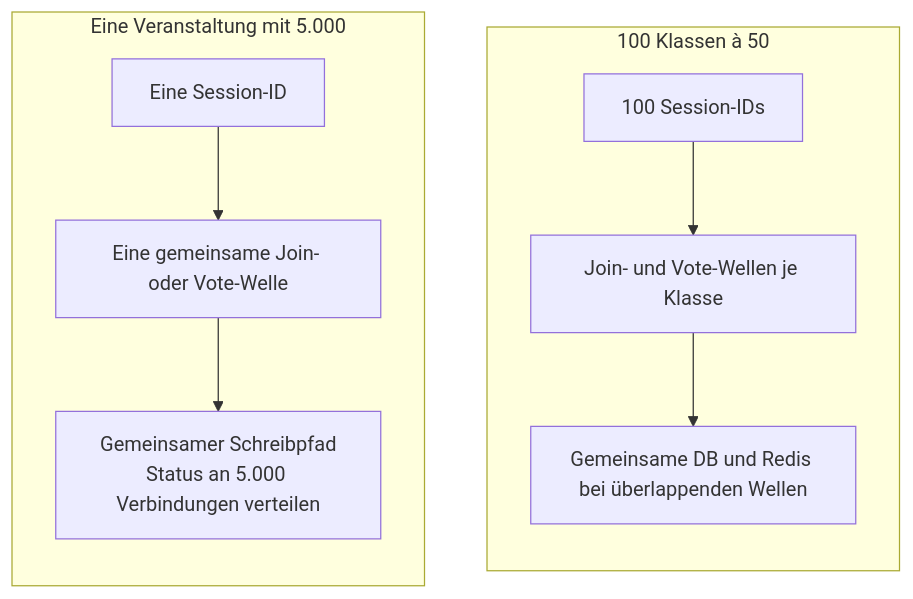
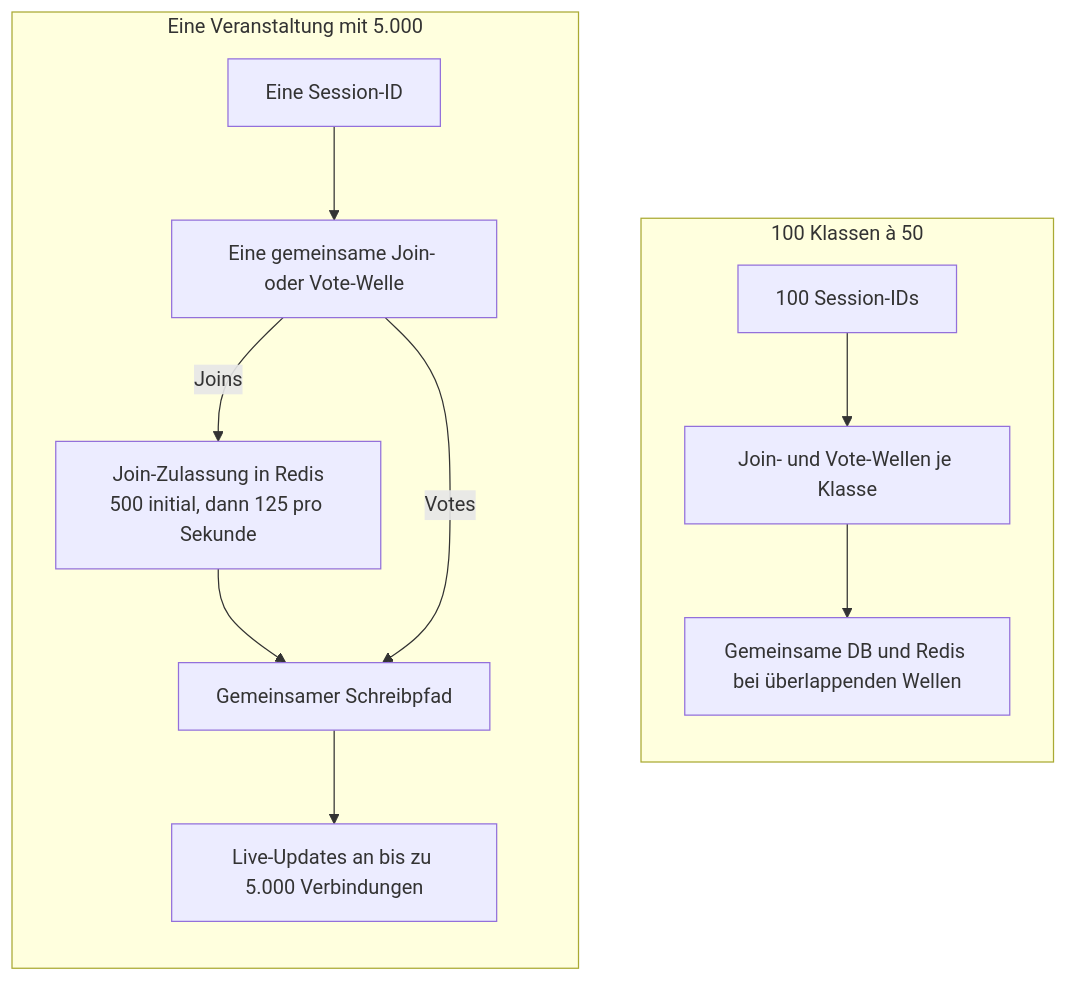
Before and after one commit to kqc-real/arsnova.eu: the second of 2 diagrams in docs/operations/KUBERNETES-SIZING-5000.md, drawn with Mermaid. The commit also changed other lines of this file, not shown here.

Commit message:
docs: quantify shared join admission for large sessions

````diff
--- a/docs/operations/KUBERNETES-SIZING-5000.md
+++ b/docs/operations/KUBERNETES-SIZING-5000.md
@@ -40,15 +40,18 @@
 ```mermaid
 flowchart TB
   accTitle: Viele Klassen und ein großer Raum belasten unterschiedliche Pfade
-  accDescr: Bei 100 Klassen verteilt sich die Last auf 100 Session-Zustände. Überlappende Vote-Wellen teilen sich die Datenbank. In einem einzigen Raum treffen 5000 Joins und Votes auf denselben Session-Pfad. Ein Fragewechsel muss dort bis zu 5000 Teilnehmerverbindungen erreichen.
+  accDescr: Bei 100 Klassen verteilt sich die Last auf 100 Session-Zustände. In einem großen Raum teilen alle Joins eine Redis-Zulassung mit 500 sofortigen Plätzen und 125 weiteren pro Sekunde. Joins und Votes der Session schreiben in dieselbe Datenbank. Live-Updates gehen an bis zu 5000 Teilnehmerverbindungen.
   subgraph A["100 Klassen à 50"]
     direction TB
     A1["100 Session-IDs"] --> A2["Join- und Vote-Wellen je Klasse"]
     A2 --> A3["Gemeinsame DB und Redis bei überlappenden Wellen"]
   end
   subgraph B["Eine Veranstaltung mit 5.000"]
     direction TB
     B1["Eine Session-ID"] --> B2["Eine gemeinsame Join- oder Vote-Welle"]
-    B2 --> B3["Gemeinsamer Schreibpfad<br/>Status an 5.000 Verbindungen verteilen"]
+    B2 -->|Joins| B3["Join-Zulassung in Redis<br/>500 initial, dann 125 pro Sekunde"]
+    B3 --> B4["Gemeinsamer Schreibpfad"]
+    B2 -->|Votes| B4
+    B4 --> B5["Live-Updates an bis zu 5.000 Verbindungen"]
   end
 ```
````
